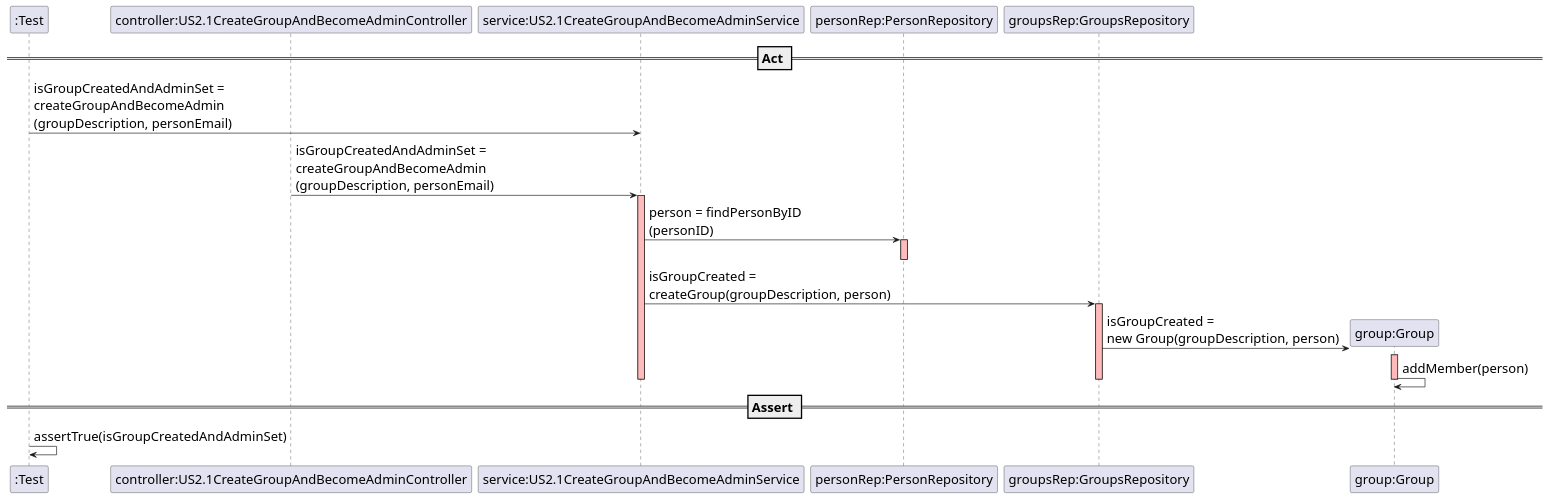
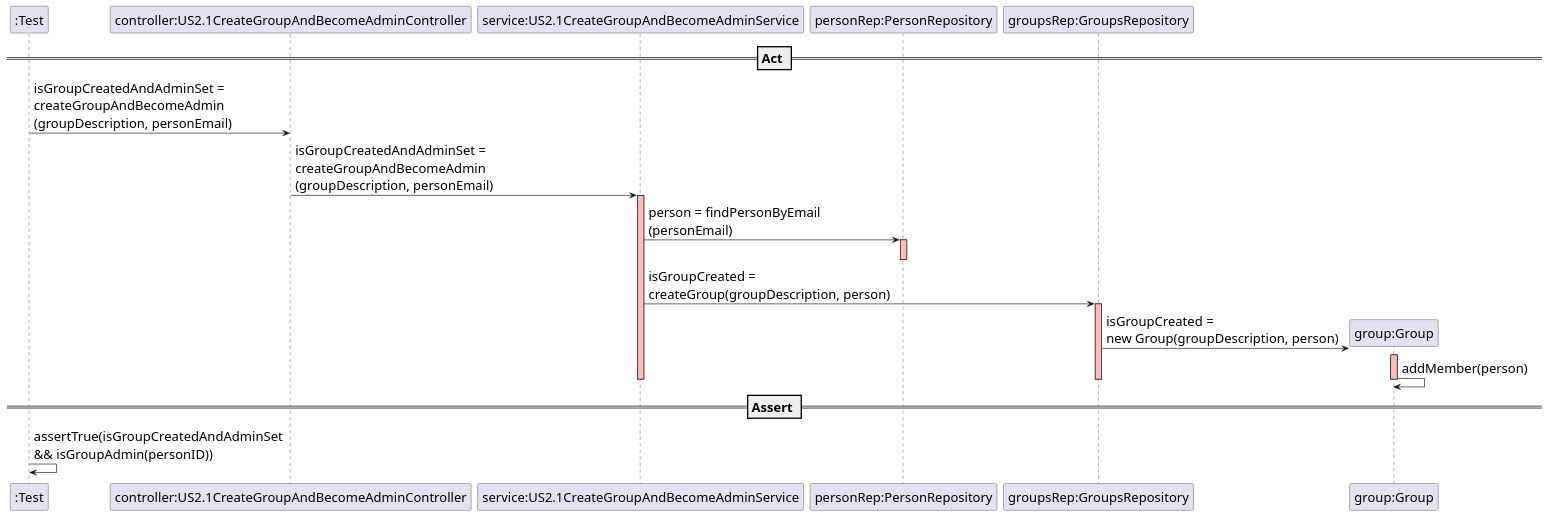
The diagram in src/main/java/switch2019/project/controllers/US002.1CreateGroupAndBecomeAdminSD.puml (mleitaoribeiro/DevOpsMaven), drawn with PlantUML before and after one commit. The commit also changed 4 other files, not shown here.

Commit message:
ref #718 update class & sequence diagrams

```diff
--- a/src/main/java/switch2019/project/controllers/US002.1CreateGroupAndBecomeAdminSD.puml
+++ b/src/main/java/switch2019/project/controllers/US002.1CreateGroupAndBecomeAdminSD.puml
@@ -1,40 +1,41 @@
 @startuml
 skinparam DefaultFontSize 20
 
 participant ":Test"
 participant "controller:US2.1CreateGroupAndBecomeAdminController"
 participant "controller:US2.1CreateGroupAndBecomeAdminController"
 participant "service:US2.1CreateGroupAndBecomeAdminService"
 participant "personRep:PersonRepository"
 participant "groupsRep:GroupsRepository"
 
 == Act ==
 
-":Test" -> "service:US2.1CreateGroupAndBecomeAdminService": isGroupCreatedAndAdminSet = \ncreateGroupAndBecomeAdmin\n(groupDescription, personEmail)
+":Test" -> "controller:US2.1CreateGroupAndBecomeAdminController": isGroupCreatedAndAdminSet = \ncreateGroupAndBecomeAdmin\n(groupDescription, personEmail)
 
 "controller:US2.1CreateGroupAndBecomeAdminController" -> "service:US2.1CreateGroupAndBecomeAdminService": isGroupCreatedAndAdminSet = \ncreateGroupAndBecomeAdmin\n(groupDescription, personEmail)
 activate "service:US2.1CreateGroupAndBecomeAdminService" #FFBBBB
 
-"service:US2.1CreateGroupAndBecomeAdminService" -> "personRep:PersonRepository" : person = findPersonByID\n(personID)
+"service:US2.1CreateGroupAndBecomeAdminService" -> "personRep:PersonRepository" : person = findPersonByEmail\n(personEmail)
 activate "personRep:PersonRepository" #FFBBBB
 deactivate "personRep:PersonRepository"
 
 "service:US2.1CreateGroupAndBecomeAdminService" -> "groupsRep:GroupsRepository" : isGroupCreated = \ncreateGroup(groupDescription, person)
 activate "groupsRep:GroupsRepository" #FFBBBB
 
 create "group:Group"
 "groupsRep:GroupsRepository" -> "group:Group" : isGroupCreated =\nnew Group(groupDescription, person)
 activate "group:Group" #FFBBBB
 "group:Group" -> "group:Group" : addMember(person)
 
+
 deactivate "group:Group"
 deactivate "groupsRep:GroupsRepository"
 deactivate "personRep:PersonRepository"
 deactivate "service:US2.1CreateGroupAndBecomeAdminService"
 deactivate "controller:US2.1CreateGroupAndBecomeAdminController"
 
 == Assert ==
 
-":Test" -> ":Test" : assertTrue(isGroupCreatedAndAdminSet)
+":Test" -> ":Test" : assertTrue(isGroupCreatedAndAdminSet \n&& isGroupAdmin(personID))
 
 @enduml
```
